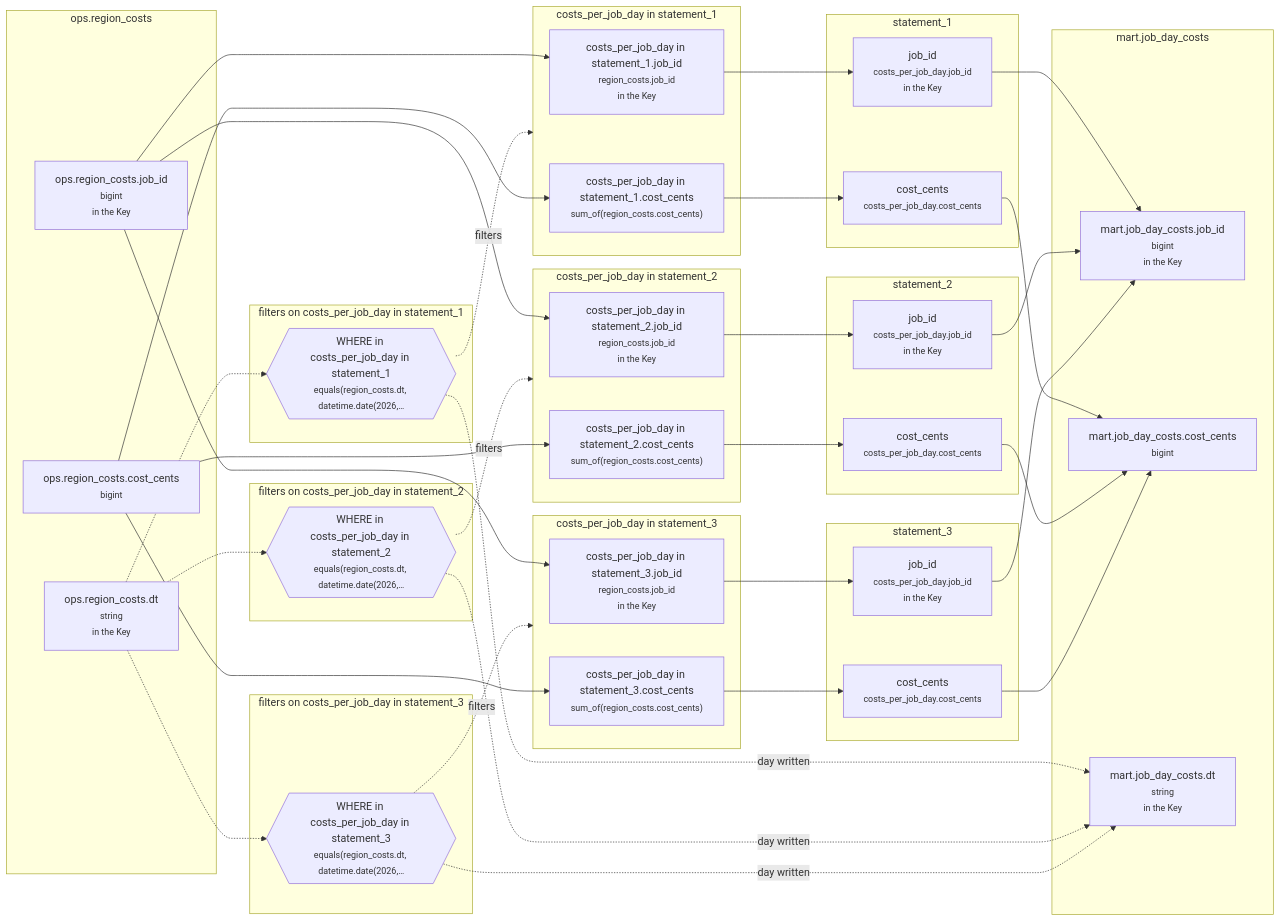
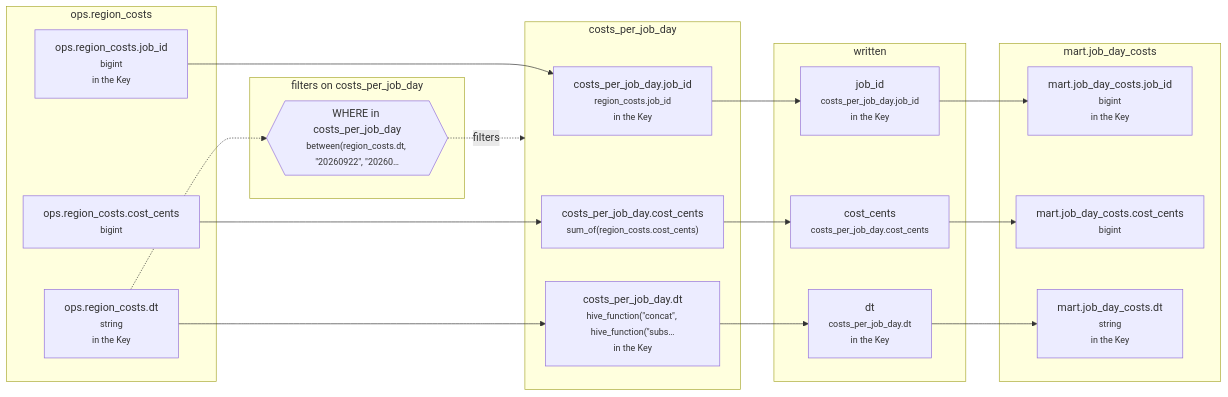
Before and after one commit to EdgyPage/SQL-Composer: the diagram in example_projects/intermediate/tables/mart__job_day_costs/lineage/20260925-060000-mart__job_day_costs.md, drawn with Mermaid. The commit also changed other lines of this file and 180 other files, not shown here.

````diff
--- a/example_projects/intermediate/tables/mart__job_day_costs/lineage/20260925-060000-mart__job_day_costs.md
+++ b/example_projects/intermediate/tables/mart__job_day_costs/lineage/20260925-060000-mart__job_day_costs.md
@@ -7,73 +7,37 @@
 ```mermaid
 flowchart LR
   subgraph g0["ops.region_costs"]
     n0["ops.region_costs.job_id<br/><small>bigint</small><br/><small>in the Key</small>"]
-    n2["ops.region_costs.dt<br/><small>string</small><br/><small>in the Key</small>"]
-    n3["ops.region_costs.cost_cents<br/><small>bigint</small>"]
+    n2["ops.region_costs.cost_cents<br/><small>bigint</small>"]
+    n4["ops.region_costs.dt<br/><small>string</small><br/><small>in the Key</small>"]
   end
-  subgraph g1["costs_per_job_day in statement_1"]
-    n1["costs_per_job_day in statement_1.job_id<br/><small>region_costs.job_id</small><br/><small>in the Key</small>"]
-    n4["costs_per_job_day in statement_1.cost_cents<br/><small>sum_of(region_costs.cost_cents)</small>"]
+  subgraph g1["costs_per_job_day"]
+    n1["costs_per_job_day.job_id<br/><small>region_costs.job_id</small><br/><small>in the Key</small>"]
+    n3["costs_per_job_day.cost_cents<br/><small>sum_of(region_costs.cost_cents)</small>"]
+    n5["costs_per_job_day.dt<br/><small>hive_function(#quot;concat#quot;, hive_function(#quot;subs…</small><br/><small>in the Key</small>"]
   end
-  subgraph g2["filters on costs_per_job_day in statement_1"]
-    n5{{"WHERE in costs_per_job_day in statement_1<br/><small>equals(region_costs.dt, datetime.date(2026,…</small>"}}
+  subgraph g2["filters on costs_per_job_day"]
+    n6{{"WHERE in costs_per_job_day<br/><small>between(region_costs.dt, #quot;20260922#quot;, #quot;20260…</small>"}}
   end
-  subgraph g3["statement_1"]
-    n6["job_id<br/><small>costs_per_job_day.job_id</small><br/><small>in the Key</small>"]
-    n7["cost_cents<br/><small>costs_per_job_day.cost_cents</small>"]
+  subgraph g3["written"]
+    n7["job_id<br/><small>costs_per_job_day.job_id</small><br/><small>in the Key</small>"]
+    n8["cost_cents<br/><small>costs_per_job_day.cost_cents</small>"]
+    n9["dt<br/><small>costs_per_job_day.dt</small><br/><small>in the Key</small>"]
   end
   subgraph g4["mart.job_day_costs"]
-    n8["mart.job_day_costs.job_id<br/><small>bigint</small><br/><small>in the Key</small>"]
-    n9["mart.job_day_costs.cost_cents<br/><small>bigint</small>"]
-    n10["mart.job_day_costs.dt<br/><small>string</small><br/><small>in the Key</small>"]
-  end
-  subgraph g5["costs_per_job_day in statement_2"]
-    n11["costs_per_job_day in statement_2.job_id<br/><small>region_costs.job_id</small><br/><small>in the Key</small>"]
-    n12["costs_per_job_day in statement_2.cost_cents<br/><small>sum_of(region_costs.cost_cents)</small>"]
-  end
-  subgraph g6["filters on costs_per_job_day in statement_2"]
-    n13{{"WHERE in costs_per_job_day in statement_2<br/><small>equals(region_costs.dt, datetime.date(2026,…</small>"}}
-  end
-  subgraph g7["statement_2"]
-    n14["job_id<br/><small>costs_per_job_day.job_id</small><br/><small>in the Key</small>"]
-    n15["cost_cents<br/><small>costs_per_job_day.cost_cents</small>"]
-  end
-  subgraph g8["costs_per_job_day in statement_3"]
-    n16["costs_per_job_day in statement_3.job_id<br/><small>region_costs.job_id</small><br/><small>in the Key</small>"]
-    n17["costs_per_job_day in statement_3.cost_cents<br/><small>sum_of(region_costs.cost_cents)</small>"]
-  end
-  subgraph g9["filters on costs_per_job_day in statement_3"]
-    n18{{"WHERE in costs_per_job_day in statement_3<br/><small>equals(region_costs.dt, datetime.date(2026,…</small>"}}
-  end
-  subgraph g10["statement_3"]
-    n19["job_id<br/><small>costs_per_job_day.job_id</small><br/><small>in the Key</small>"]
-    n20["cost_cents<br/><small>costs_per_job_day.cost_cents</small>"]
+    n10["mart.job_day_costs.job_id<br/><small>bigint</small><br/><small>in the Key</small>"]
+    n11["mart.job_day_costs.cost_cents<br/><small>bigint</small>"]
+    n12["mart.job_day_costs.dt<br/><small>string</small><br/><small>in the Key</small>"]
   end
   n0 --> n1
-  n3 --> n4
-  n2 -.-> n5
-  n1 --> n6
-  n4 --> n7
-  n6 --> n8
-  n7 --> n9
-  n5 -.->|day written| n10
-  n0 --> n11
-  n3 --> n12
-  n2 -.-> n13
-  n11 --> n14
-  n12 --> n15
-  n14 --> n8
-  n15 --> n9
-  n13 -.->|day written| n10
-  n0 --> n16
-  n3 --> n17
-  n2 -.-> n18
-  n16 --> n19
-  n17 --> n20
-  n19 --> n8
-  n20 --> n9
-  n18 -.->|day written| n10
-  n5 -.->|filters| g1
-  n13 -.->|filters| g5
-  n18 -.->|filters| g8
+  n2 --> n3
+  n4 --> n5
+  n4 -.-> n6
+  n1 --> n7
+  n3 --> n8
+  n5 --> n9
+  n7 --> n10
+  n8 --> n11
+  n9 --> n12
+  n6 -.->|filters| g1
 ```
````
